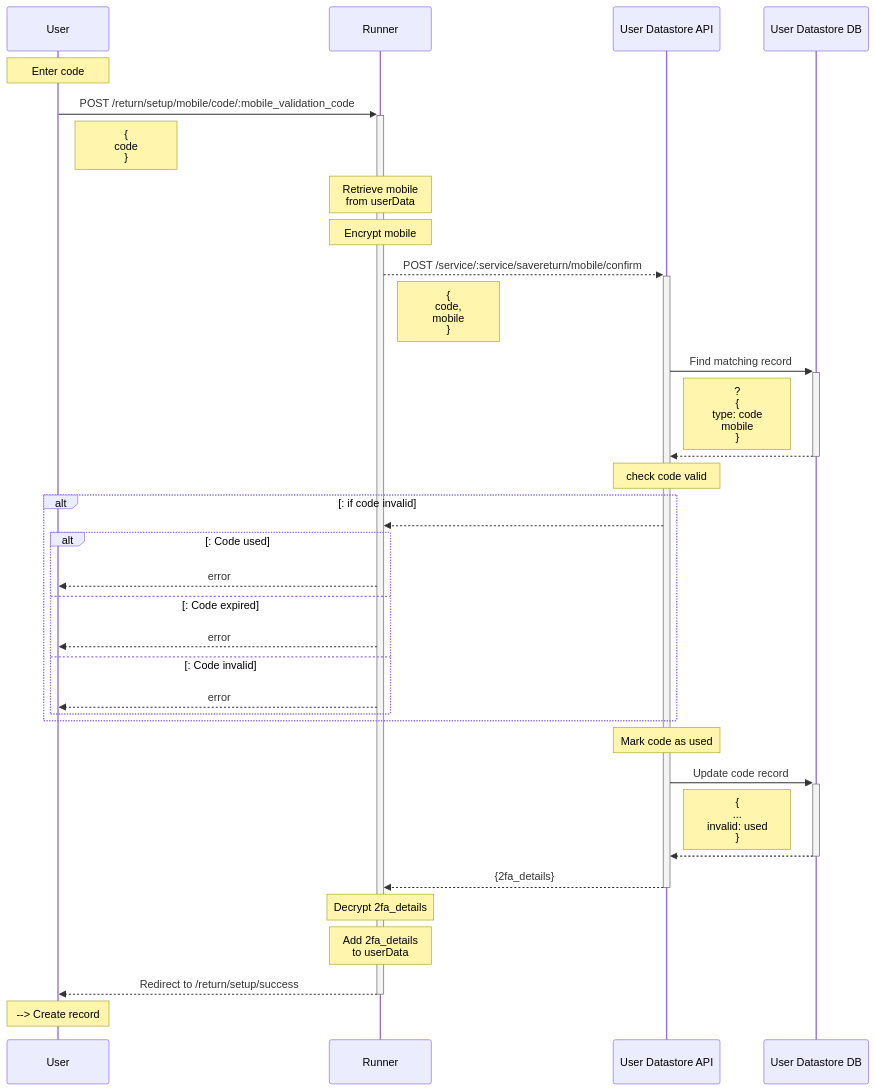
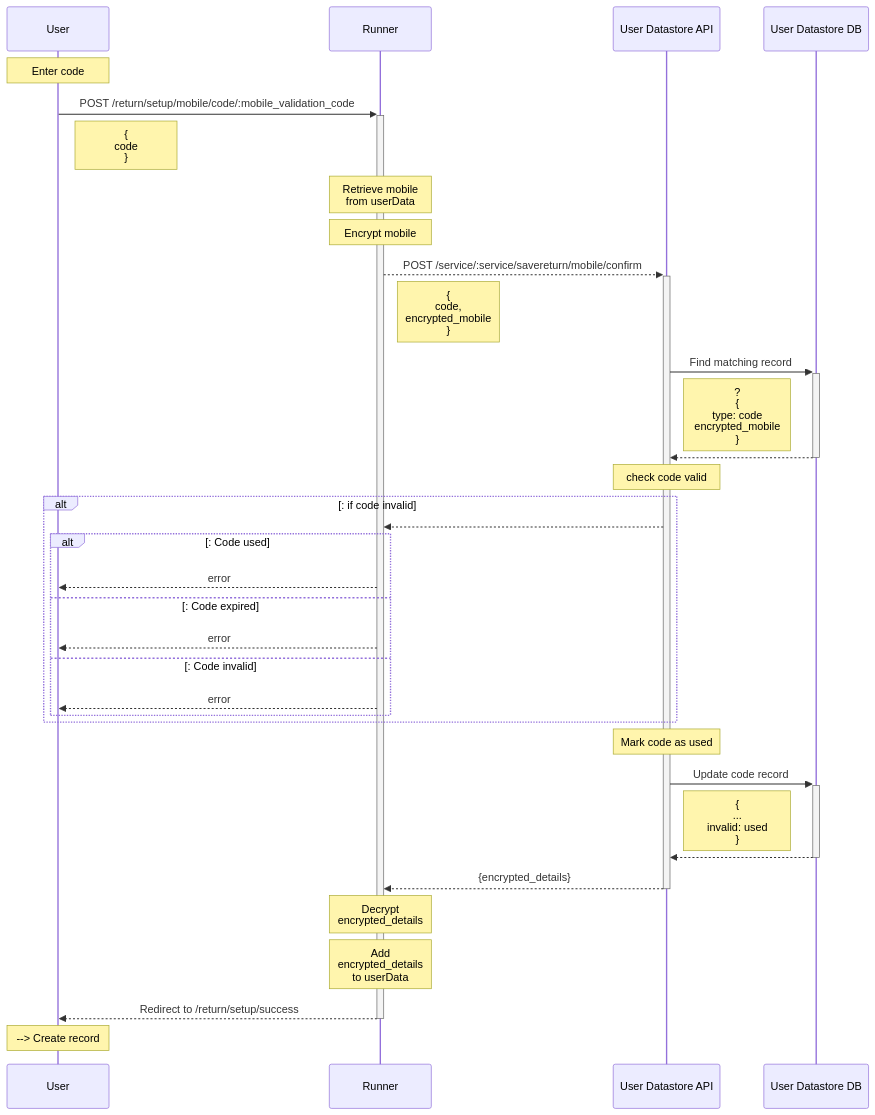
Before and after one commit to ministryofjustice/form-builder: the diagram in documentation/running/save-and-return/files/return--setup--mobile-validation.mmd, drawn with Mermaid. The commit also changed 29 other files, not shown here.

```diff
--- a/documentation/running/save-and-return/files/return--setup--mobile-validation.mmd
+++ b/documentation/running/save-and-return/files/return--setup--mobile-validation.mmd
@@ -1,69 +1,69 @@
 sequenceDiagram
 
 participant U as User
 
 participant R as Runner
 
 participant DS as User Datastore API
 
 participant DB as User Datastore DB
 
 Note over U: Enter code
 
 U->>+R: POST /return/setup/mobile/code/:mobile_validation_code
 
 Note right of U: {<br>code<br>}
 
 Note over R: Retrieve mobile<br>from userData
 
 Note over R: Encrypt mobile
 
 R-->>+DS: POST /service/:service/savereturn/mobile/confirm
 
-Note right of R: {<br>code,<br>mobile<br>}
+Note right of R: {<br>code,<br>encrypted_mobile<br>}
 
 DS->>+DB: Find matching record
 
-Note right of DS: ? <br>{<br>type: code<br>mobile<br>}
+Note right of DS: ? <br>{<br>type: code<br>encrypted_mobile<br>}
 
 DB-->>-DS:  
 
 Note over DS: check code valid
 
 alt: if code invalid
 
   DS-->>R:  
 
   alt: Code used
 
     R-->>U: error
 
   else: Code expired
 
     R-->>U: error
 
   else: Code invalid
 
     R-->>U: error
 
   end
 
 end
 
   Note over DS: Mark code as used
 
   DS->>+DB: Update code record 
 
   Note right of DS: {<br>...<br>invalid: used<br>}
 
   DB-->>-DS: 
 
-DS-->>-R:   {2fa_details}
+DS-->>-R:   {encrypted_details}
 
-Note over R: Decrypt 2fa_details
+Note over R: Decrypt <br>encrypted_details
 
-Note over R: Add 2fa_details<br>to userData
+Note over R: Add <br>encrypted_details<br>to userData
 
 R-->>-U: Redirect to /return/setup/success
 
 Note over U: --> Create record
```
